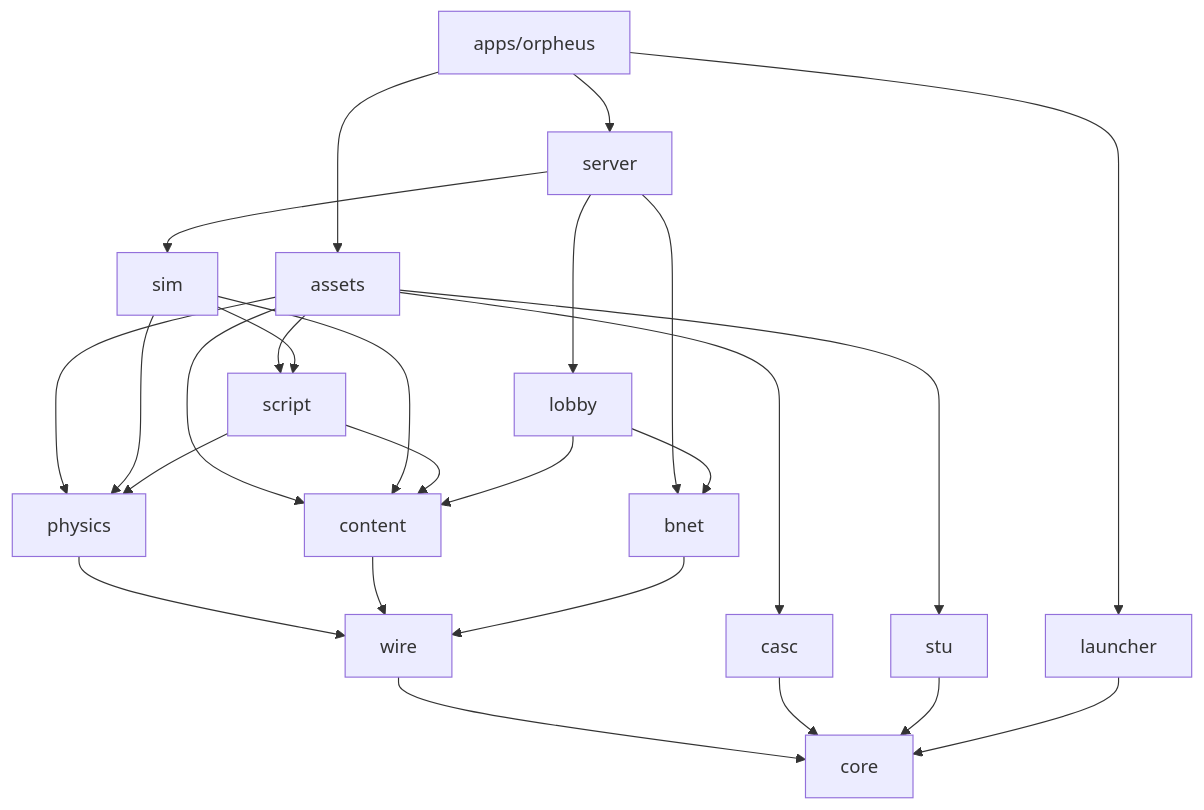
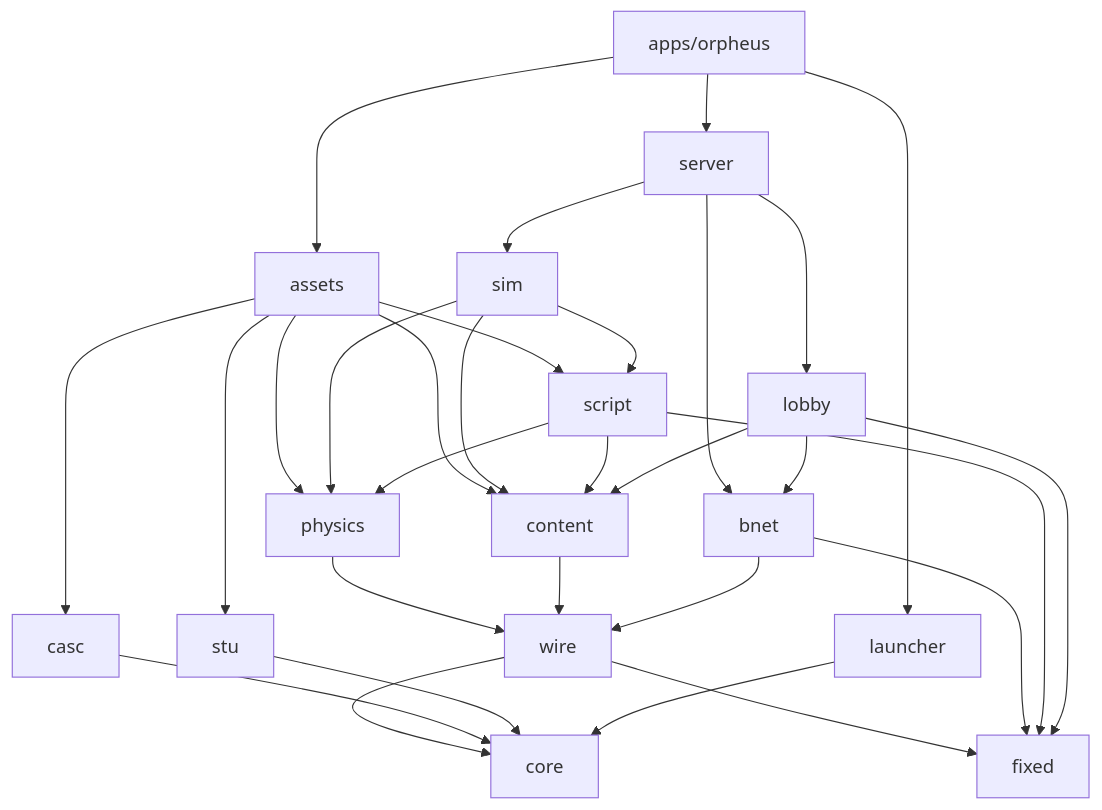
Before and after one commit to imunproductive/lucy: the first of 4 diagrams in docs/REFACTOR.md, drawn with Mermaid. The commit also changed other lines of this file and 65 other files, not shown here.

````diff
--- a/docs/REFACTOR.md
+++ b/docs/REFACTOR.md
@@ -106,28 +107,32 @@
 ```mermaid
 graph TD
   app[apps/orpheus] --> server
   app --> launcher
   app --> assets
   server --> sim
   server --> lobby
   server --> bnet
   assets --> casc
   assets --> stu
   assets --> script
   assets --> physics
   assets --> content
   sim --> script
   sim --> physics
   sim --> content
   script --> physics
   script --> content
   lobby --> content
   lobby --> bnet
   physics --> wire
   content --> wire
   bnet --> wire
   wire --> core
+  wire --> fixed
+  bnet --> fixed
+  script --> fixed
+  lobby --> fixed
   casc --> core
   stu --> core
   launcher --> core
 ```
````
